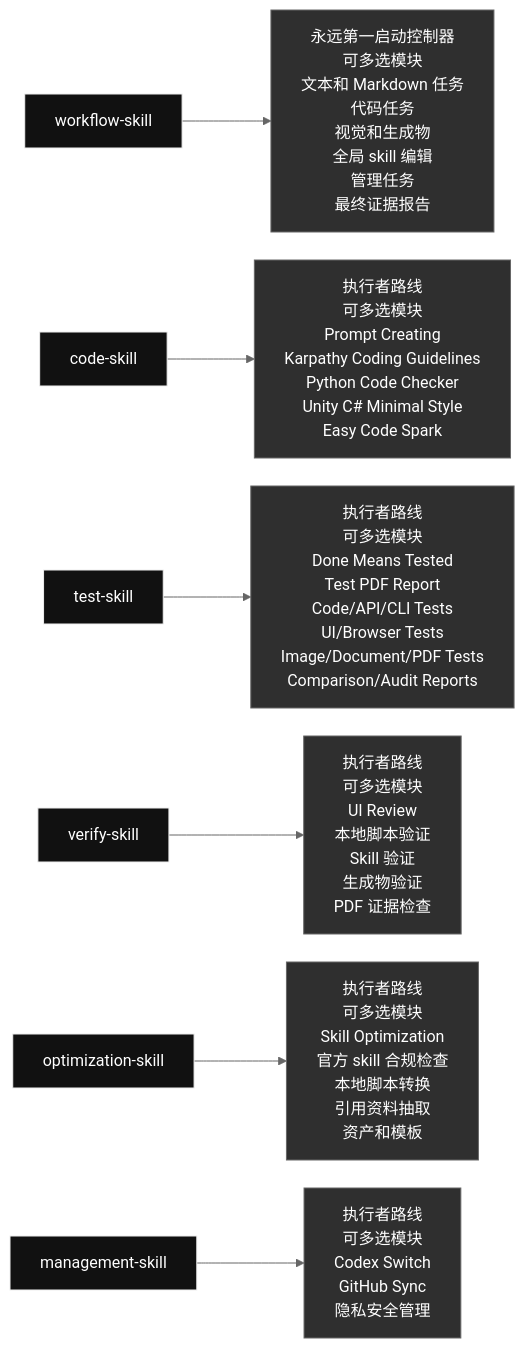
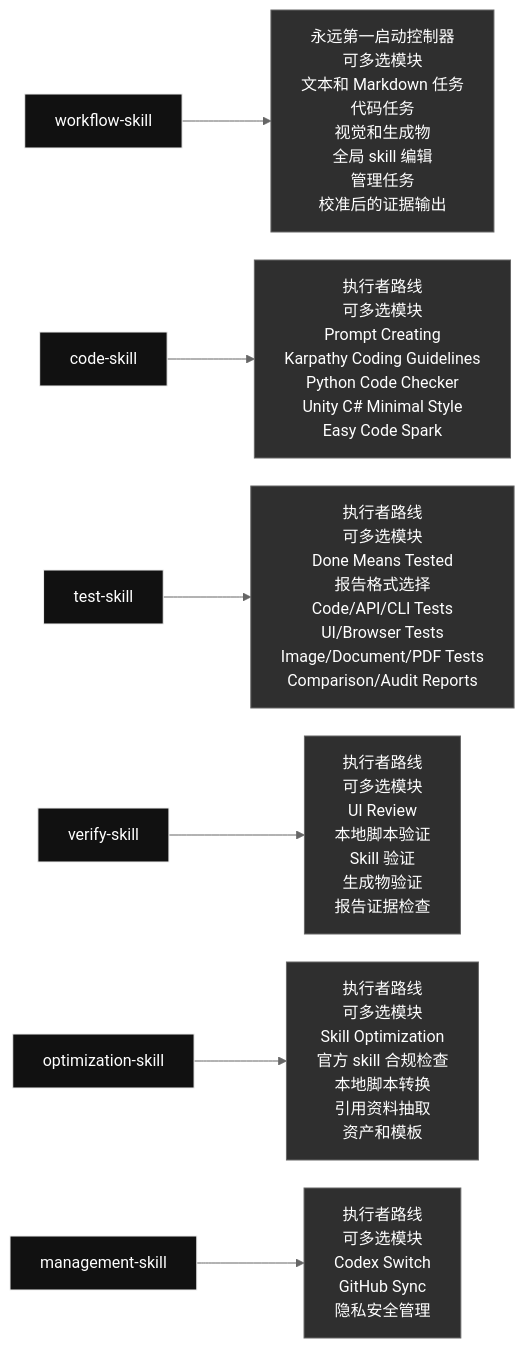
One commit to qinbatista/qin-codex-skills changed the diagram in README.zh.md. Above: the diagram before and after it, drawn with Mermaid (neutral theme). The commit also changed other lines of this file and 9 other files, not shown here.

````diff
--- a/README.zh.md
+++ b/README.zh.md
@@ -7,14 +7,14 @@
 ```mermaid
 %%{init: {"flowchart": {"nodeSpacing": 28, "rankSpacing": 54, "wrappingWidth": 240}}}%%
 flowchart LR
-  skill_workflow_skill["workflow-skill"] --> inside_workflow_skill["永远第一启动控制器<br/>可多选模块<br/>文本和 Markdown 任务<br/>代码任务<br/>视觉和生成物<br/>全局 skill 编辑<br/>管理任务<br/>最终证据报告"]
+  skill_workflow_skill["workflow-skill"] --> inside_workflow_skill["永远第一启动控制器<br/>可多选模块<br/>文本和 Markdown 任务<br/>代码任务<br/>视觉和生成物<br/>全局 skill 编辑<br/>管理任务<br/>校准后的证据输出"]
   skill_code_skill["code-skill"] --> inside_code_skill["执行者路线<br/>可多选模块<br/>Prompt Creating<br/>Karpathy Coding Guidelines<br/>Python Code Checker<br/>Unity C# Minimal Style<br/>Easy Code Spark"]
-  skill_test_skill["test-skill"] --> inside_test_skill["执行者路线<br/>可多选模块<br/>Done Means Tested<br/>Test PDF Report<br/>Code/API/CLI Tests<br/>UI/Browser Tests<br/>Image/Document/PDF Tests<br/>Comparison/Audit Reports"]
-  skill_verify_skill["verify-skill"] --> inside_verify_skill["执行者路线<br/>可多选模块<br/>UI Review<br/>本地脚本验证<br/>Skill 验证<br/>生成物验证<br/>PDF 证据检查"]
+  skill_test_skill["test-skill"] --> inside_test_skill["执行者路线<br/>可多选模块<br/>Done Means Tested<br/>报告格式选择<br/>Code/API/CLI Tests<br/>UI/Browser Tests<br/>Image/Document/PDF Tests<br/>Comparison/Audit Reports"]
+  skill_verify_skill["verify-skill"] --> inside_verify_skill["执行者路线<br/>可多选模块<br/>UI Review<br/>本地脚本验证<br/>Skill 验证<br/>生成物验证<br/>报告证据检查"]
   skill_optimization_skill["optimization-skill"] --> inside_optimization_skill["执行者路线<br/>可多选模块<br/>Skill Optimization<br/>官方 skill 合规检查<br/>本地脚本转换<br/>引用资料抽取<br/>资产和模板"]
   skill_management_skill["management-skill"] --> inside_management_skill["执行者路线<br/>可多选模块<br/>Codex Switch<br/>GitHub Sync<br/>隐私安全管理"]
   classDef skill fill:#111,color:#fff,stroke:#eee;
   classDef content fill:#2f2f2f,color:#fff,stroke:#666;
   class skill_workflow_skill,skill_code_skill,skill_test_skill,skill_verify_skill,skill_optimization_skill,skill_management_skill skill;
   class inside_workflow_skill,inside_code_skill,inside_test_skill,inside_verify_skill,inside_optimization_skill,inside_management_skill content;
 ```
````
